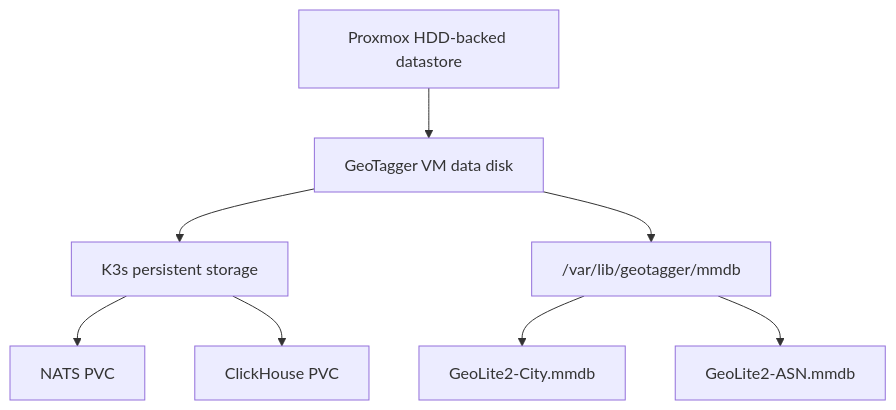
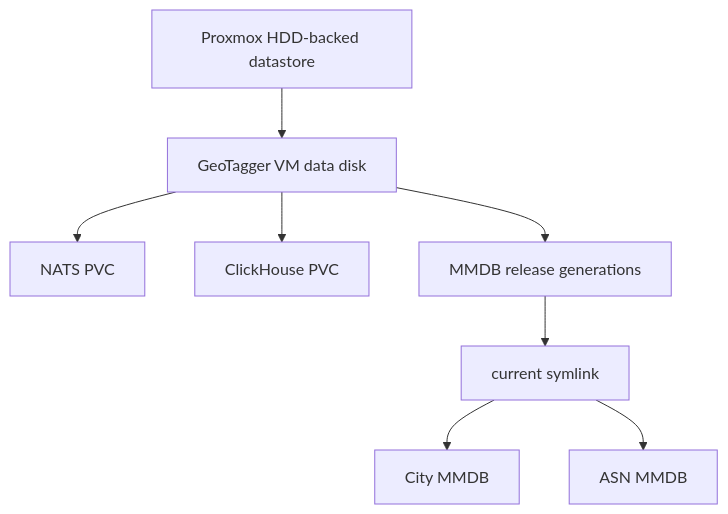
One commit to Jstarzz/geotagger changed diagram 11 of 11 in docs/ARCHITECTURE.md. Above: the diagram before and after it, drawn with Mermaid. The commit also changed other lines of this file, not shown here.

Commit message:
docs: describe atomic City and ASN bundle activation

````diff
--- a/docs/ARCHITECTURE.md
+++ b/docs/ARCHITECTURE.md
@@ -410,10 +360,10 @@
 ```mermaid
 flowchart TB
-    DATASTORE["Proxmox HDD-backed datastore"] --> VDISK["GeoTagger VM data disk"]
-    VDISK --> K3S["K3s persistent storage"]
-    K3S --> NPVC["NATS PVC"]
-    K3S --> CPVC["ClickHouse PVC"]
-    VDISK --> MMDBDIR["/var/lib/geotagger/mmdb"]
-    MMDBDIR --> CITY["GeoLite2-City.mmdb"]
-    MMDBDIR --> ASN["GeoLite2-ASN.mmdb"]
+    DS["Proxmox HDD-backed datastore"] --> VDISK["GeoTagger VM data disk"]
+    VDISK --> PVC1["NATS PVC"]
+    VDISK --> PVC2["ClickHouse PVC"]
+    VDISK --> MMDB["MMDB release generations"]
+    MMDB --> CURRENT["current symlink"]
+    CURRENT --> CITY["City MMDB"]
+    CURRENT --> ASN["ASN MMDB"]
 ```
````
